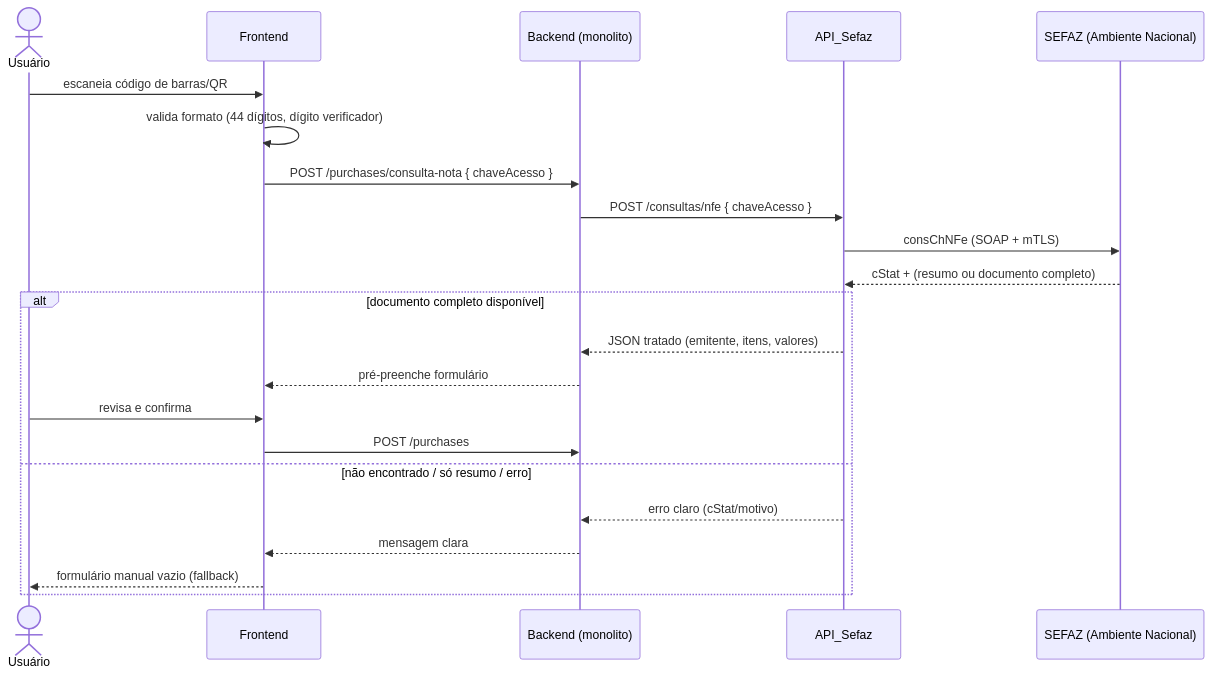
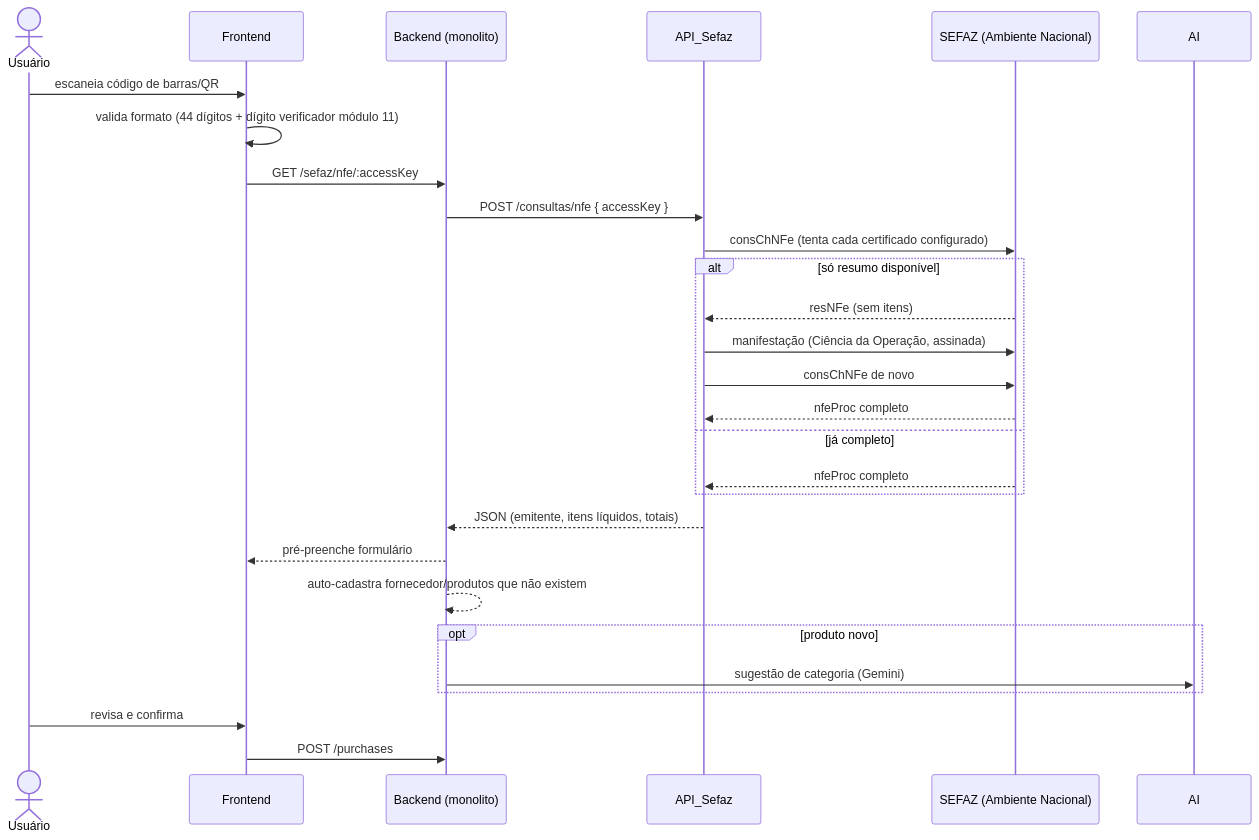
The third of 4 diagrams in docs/arquitetura-geral.md (tiagogdella/API_Sefaz_CCD), drawn with Mermaid before and after one commit. The commit also changed other lines of this file and 1 other file, not shown here.

Commit message:
docs: update diagrams with multi-cnpj, manifestacao and k3s deploy

````diff
--- a/docs/arquitetura-geral.md
+++ b/docs/arquitetura-geral.md
@@ -81,26 +93,32 @@
 ```mermaid
 sequenceDiagram
     actor Usuário
     participant Frontend
     participant Backend as Backend (monolito)
     participant Sefaz as API_Sefaz
     participant SefazGov as SEFAZ (Ambiente Nacional)
 
     Usuário->>Frontend: escaneia código de barras/QR
-    Frontend->>Frontend: valida formato (44 dígitos, dígito verificador)
-    Frontend->>Backend: POST /purchases/consulta-nota { chaveAcesso }
-    Backend->>Sefaz: POST /consultas/nfe { chaveAcesso }
-    Sefaz->>SefazGov: consChNFe (SOAP + mTLS)
-    SefazGov-->>Sefaz: cStat + (resumo ou documento completo)
+    Frontend->>Frontend: valida formato (44 dígitos + dígito verificador módulo 11)
+    Frontend->>Backend: GET /sefaz/nfe/:accessKey
+    Backend->>Sefaz: POST /consultas/nfe { accessKey }
+    Sefaz->>SefazGov: consChNFe (tenta cada certificado configurado)
 
-    alt documento completo disponível
-        Sefaz-->>Backend: JSON tratado (emitente, itens, valores)
-        Backend-->>Frontend: pré-preenche formulário
-        Usuário->>Frontend: revisa e confirma
-        Frontend->>Backend: POST /purchases
-    else não encontrado / só resumo / erro
-        Sefaz-->>Backend: erro claro (cStat/motivo)
-        Backend-->>Frontend: mensagem clara
-        Frontend-->>Usuário: formulário manual vazio (fallback)
+    alt só resumo disponível
+        SefazGov-->>Sefaz: resNFe (sem itens)
+        Sefaz->>SefazGov: manifestação (Ciência da Operação, assinada)
+        Sefaz->>SefazGov: consChNFe de novo
+        SefazGov-->>Sefaz: nfeProc completo
+    else já completo
+        SefazGov-->>Sefaz: nfeProc completo
     end
+
+    Sefaz-->>Backend: JSON (emitente, itens líquidos, totais)
+    Backend-->>Frontend: pré-preenche formulário
+    Backend-->>Backend: auto-cadastra fornecedor/produtos que não existem
+    opt produto novo
+        Backend->>AI: sugestão de categoria (Gemini)
+    end
+    Usuário->>Frontend: revisa e confirma
+    Frontend->>Backend: POST /purchases
 ```
````
